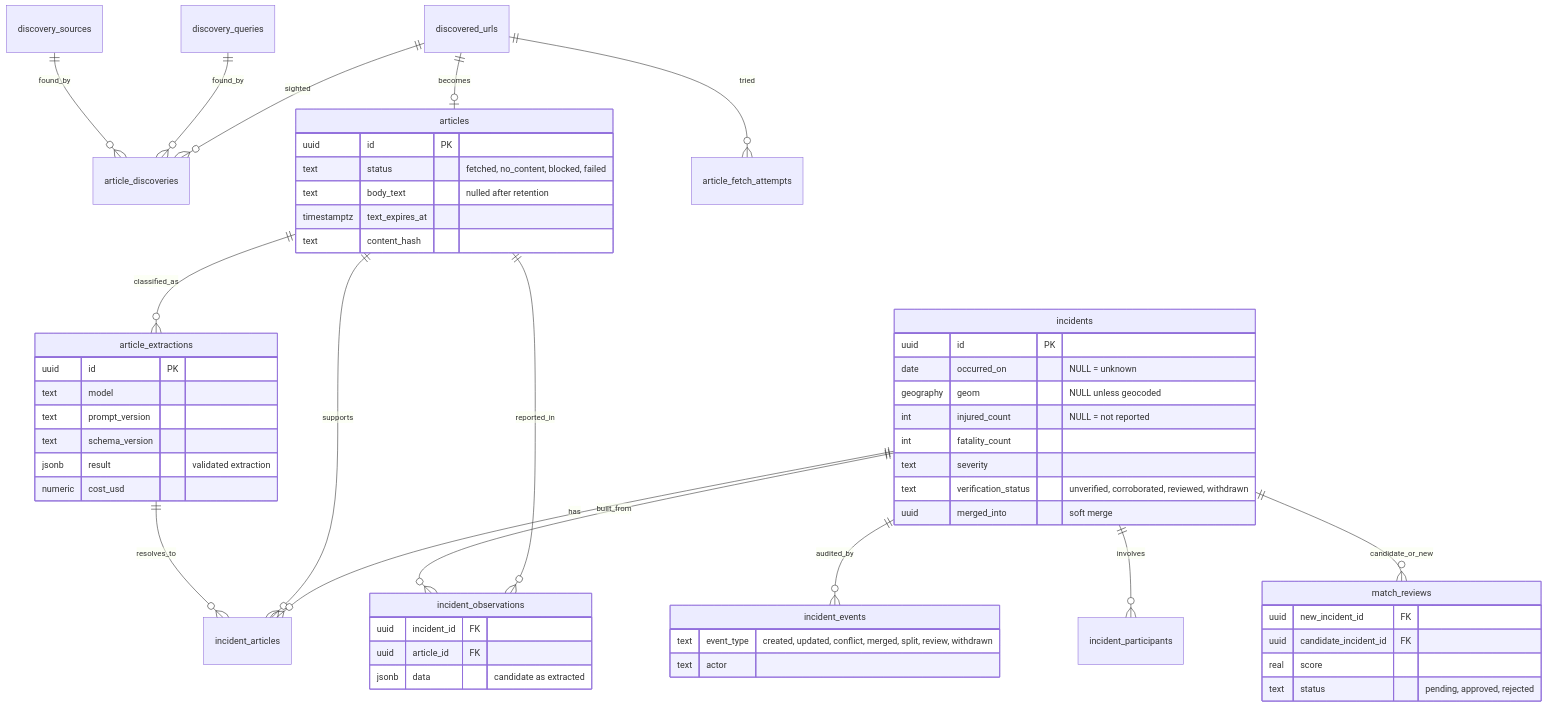
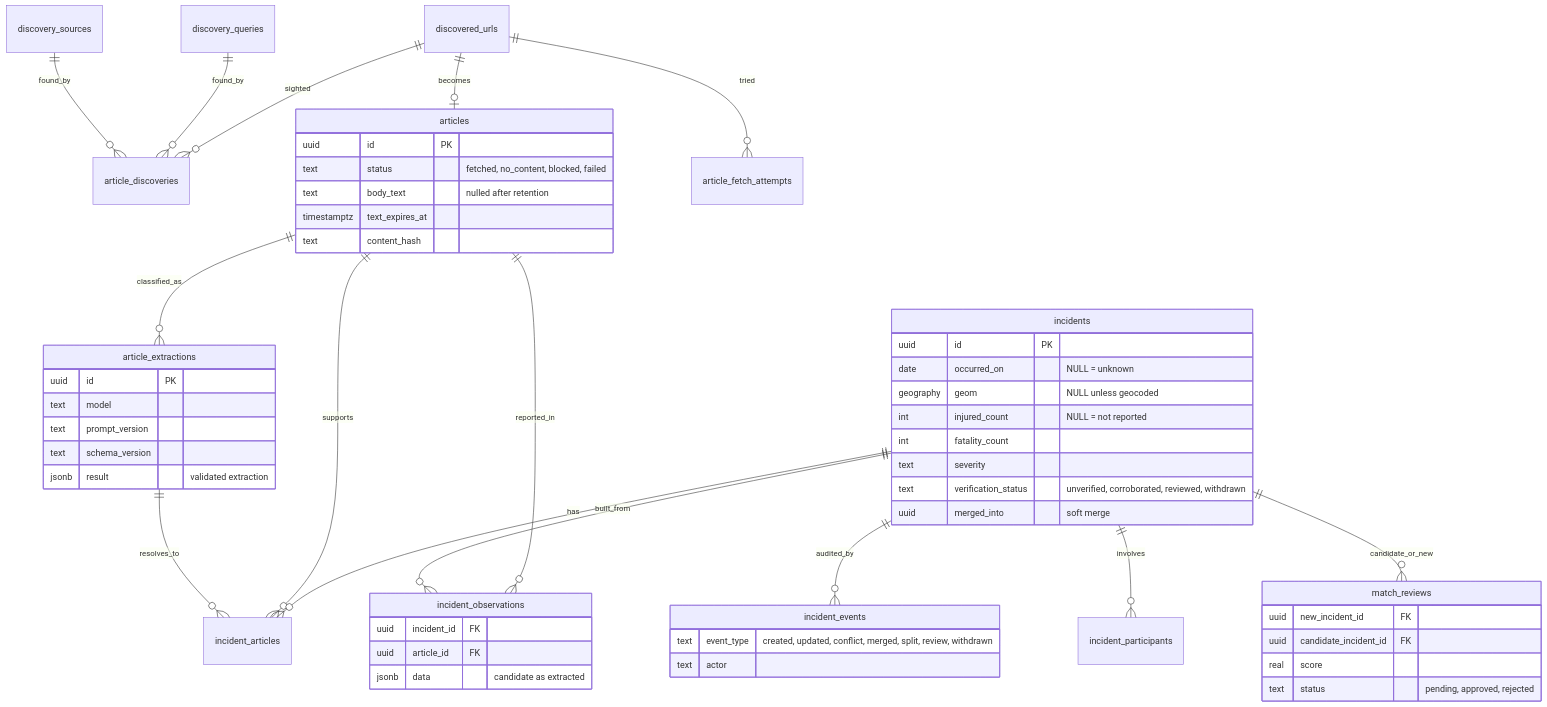
Diagram 11 of 14 in docs/design.md (joshdurbin/vulnerable_user_incident_tracking), drawn with Mermaid before and after one commit. The commit also changed other lines of this file and 45 other files, not shown here.

````diff
--- a/docs/design.md
+++ b/docs/design.md
@@ -278,58 +278,57 @@
 ```mermaid
 erDiagram
   discovery_sources ||--o{ article_discoveries : found_by
   discovery_queries ||--o{ article_discoveries : found_by
   discovered_urls ||--o{ article_discoveries : sighted
   discovered_urls ||--o| articles : becomes
   discovered_urls ||--o{ article_fetch_attempts : tried
   articles ||--o{ article_extractions : classified_as
   article_extractions ||--o{ incident_articles : resolves_to
   articles ||--o{ incident_articles : supports
   incidents ||--o{ incident_articles : has
   incidents ||--o{ incident_observations : built_from
   articles ||--o{ incident_observations : reported_in
   incidents ||--o{ incident_events : audited_by
   incidents ||--o{ incident_participants : involves
   incidents ||--o{ match_reviews : candidate_or_new
 
   articles {
     uuid id PK
     text status "fetched, no_content, blocked, failed"
     text body_text "nulled after retention"
     timestamptz text_expires_at
     text content_hash
   }
   article_extractions {
     uuid id PK
     text model
     text prompt_version
     text schema_version
     jsonb result "validated extraction"
-    numeric cost_usd
   }
   incidents {
     uuid id PK
     date occurred_on "NULL = unknown"
     geography geom "NULL unless geocoded"
     int injured_count "NULL = not reported"
     int fatality_count
     text severity
     text verification_status "unverified, corroborated, reviewed, withdrawn"
     uuid merged_into "soft merge"
   }
   incident_observations {
     uuid incident_id FK
     uuid article_id FK
     jsonb data "candidate as extracted"
   }
   incident_events {
     text event_type "created, updated, conflict, merged, split, review, withdrawn"
     text actor
   }
   match_reviews {
     uuid new_incident_id FK
     uuid candidate_incident_id FK
     real score
     text status "pending, approved, rejected"
   }
 ```
````
